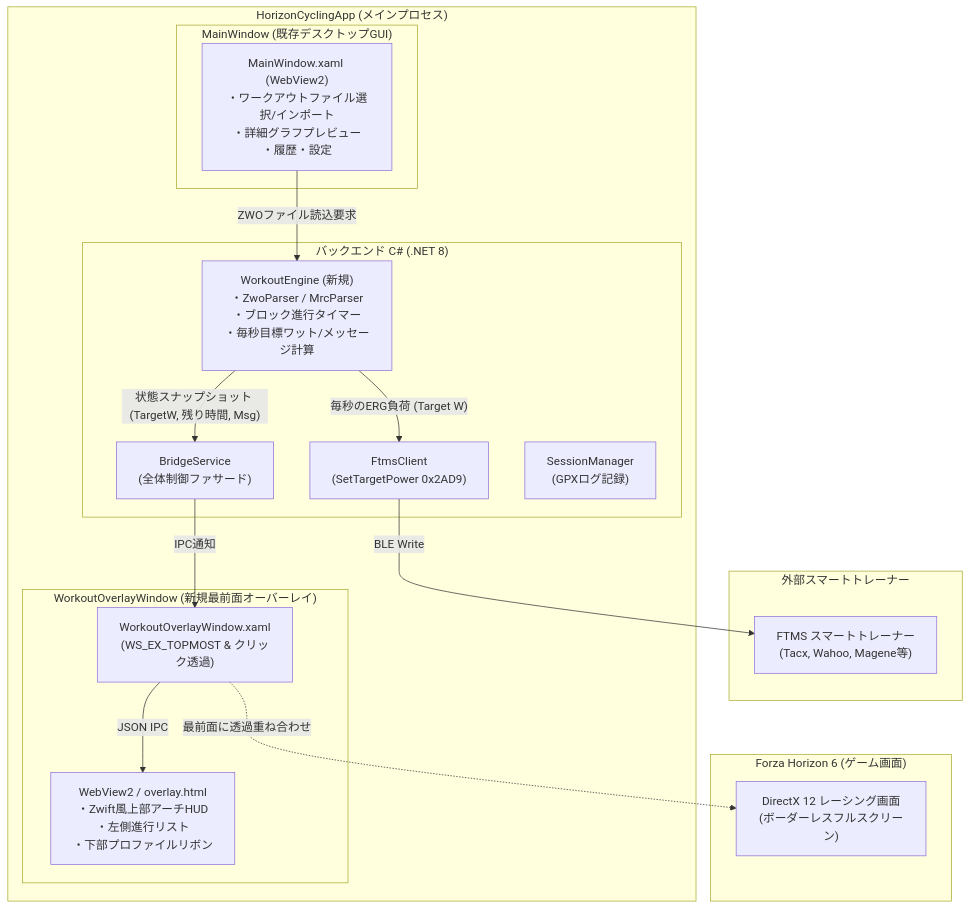
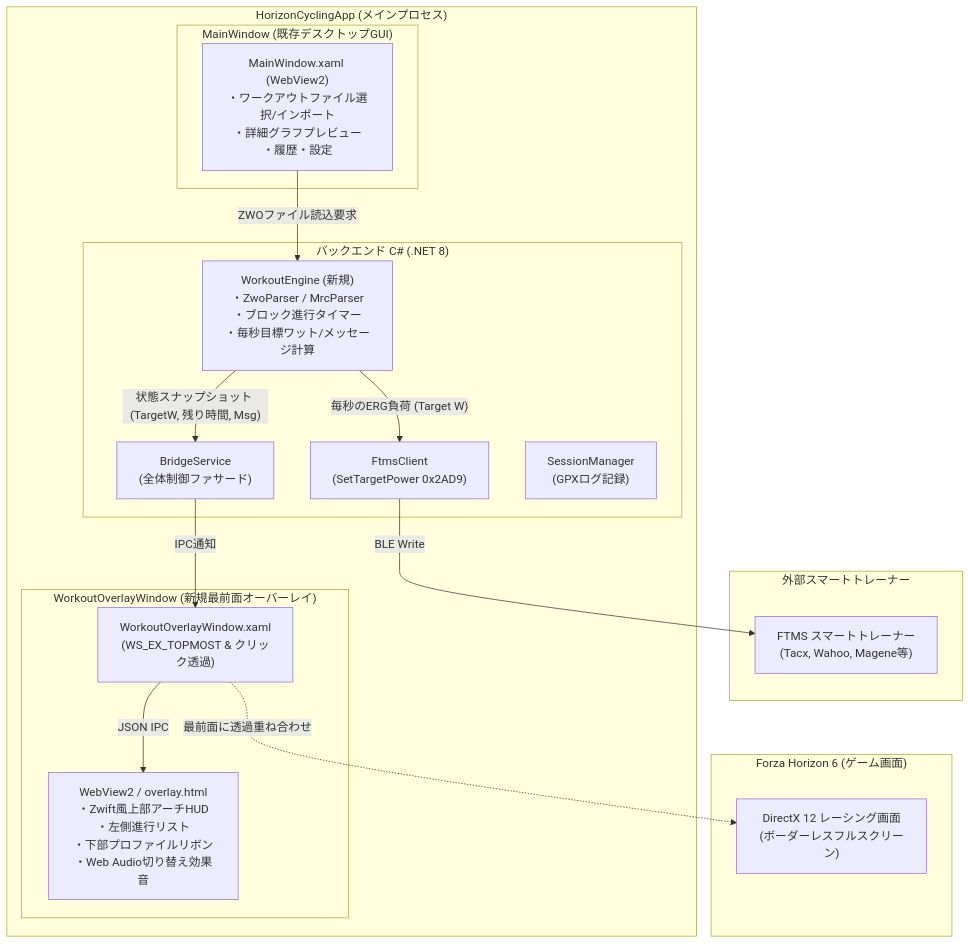
One commit to n2gate2000-git/HorizonCycling changed the second of 3 diagrams in docs/20261010-ワークアウト機能と最前面HUDオーバーレイ検討.md. Above: the diagram before and after it, drawn with Mermaid. The commit also changed other lines of this file, not shown here.

````diff
--- a/docs/20261010-ワークアウト機能と最前面HUDオーバーレイ検討.md
+++ b/docs/20261010-ワークアウト機能と最前面HUDオーバーレイ検討.md
@@ -350,39 +501,39 @@
 ```mermaid
 graph TB
     subgraph "外部スマートトレーナー"
         Trainer["FTMS スマートトレーナー<br>(Tacx, Wahoo, Magene等)"]
     end
 
     subgraph "HorizonCyclingApp (メインプロセス)"
         subgraph "バックエンド C# (.NET 8)"
             Bridge["BridgeService<br>(全体制御ファサード)"]
             FtmsClnt["FtmsClient<br>(SetTargetPower 0x2AD9)"]
             WorkoutEngine["WorkoutEngine (新規)<br>・ZwoParser / MrcParser<br>・ブロック進行タイマー<br>・毎秒目標ワット/メッセージ計算"]
             SessionMgr["SessionManager<br>(GPXログ記録)"]
         end
 
         subgraph "MainWindow (既存デスクトップGUI)"
             MainUI["MainWindow.xaml (WebView2)<br>・ワークアウトファイル選択/インポート<br>・詳細グラフプレビュー<br>・履歴・設定"]
         end
 
         subgraph "WorkoutOverlayWindow (新規最前面オーバーレイ)"
             OverlayHost["WorkoutOverlayWindow.xaml<br>(WS_EX_TOPMOST & クリック透過)"]
-            OverlayWeb["WebView2 / overlay.html<br>・Zwift風上部アーチHUD<br>・左側進行リスト<br>・下部プロファイルリボン"]
+            OverlayWeb["WebView2 / overlay.html<br>・Zwift風上部アーチHUD<br>・左側進行リスト<br>・下部プロファイルリボン<br>・Web Audio切り替え効果音"]
         end
     end
 
     subgraph "Forza Horizon 6 (ゲーム画面)"
         GameView["DirectX 12 レーシング画面<br>(ボーダーレスフルスクリーン)"]
     end
 
     %% データフロー
     MainUI -->|"ZWOファイル読込要求"| WorkoutEngine
     WorkoutEngine -->|"毎秒のERG負荷 (Target W)"| FtmsClnt
     FtmsClnt -->|"BLE Write"| Trainer
     
     WorkoutEngine -->|"状態スナップショット (TargetW, 残り時間, Msg)"| Bridge
     Bridge -->|"IPC通知"| OverlayHost
     OverlayHost -->|"JSON IPC"| OverlayWeb
     
     OverlayHost -.->|"最前面に透過重ね合わせ"| GameView
 ```
````
